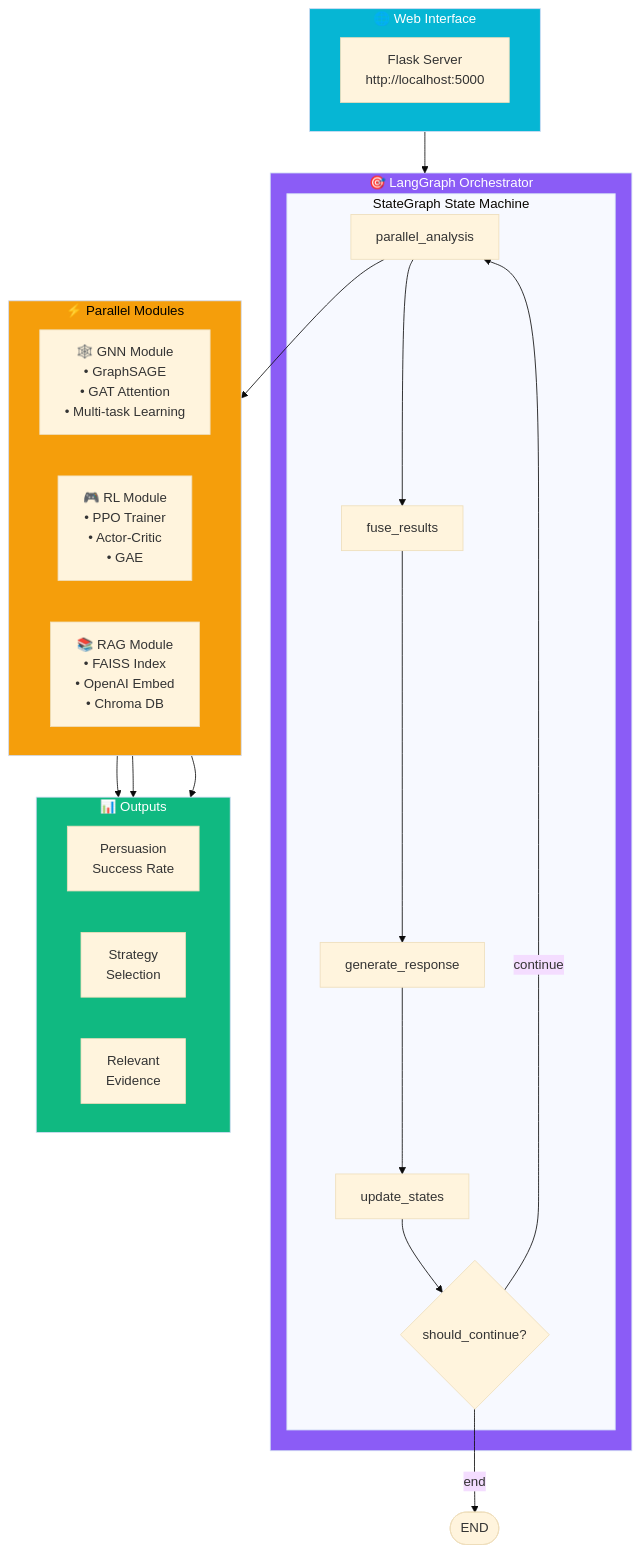
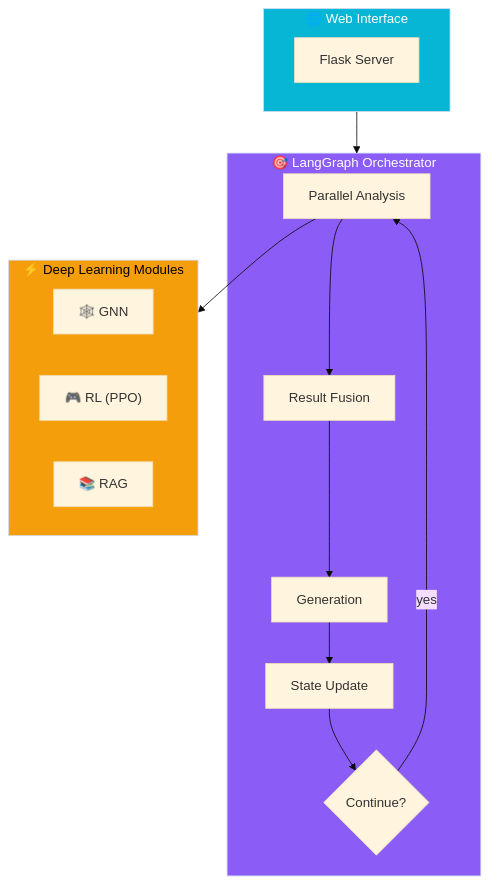
The second of 4 diagrams in docs/LEARNING_NOTE.md (AluminumShark/Social-Debate-AI), drawn with Mermaid before and after one commit. The commit also changed other lines of this file and 2 other files, not shown here.

Commit message:
docs: split learning notes into EN/ZH versions and remove mermaid from docs readme

````diff
--- a/docs/LEARNING_NOTE.md
+++ b/docs/LEARNING_NOTE.md
@@ -95,45 +87,32 @@
 ```mermaid
 %%{init: {'theme': 'base'}}%%
 flowchart TB
     subgraph Web["🌐 Web Interface"]
-        Flask["Flask Server<br/>http://localhost:5000"]
+        Flask["Flask Server"]
     end
 
     subgraph Orchestrator["🎯 LangGraph Orchestrator"]
-        subgraph StateGraph["StateGraph State Machine"]
-            PA["parallel_analysis"]
-            FR["fuse_results"]
-            GR["generate_response"]
-            US["update_states"]
-            SC{"should_continue?"}
-        end
+        PA["Parallel Analysis"]
+        FR["Result Fusion"]
+        GR["Generation"]
+        US["State Update"]
+        SC{"Continue?"}
+        
+        PA --> FR --> GR --> US --> SC
+        SC -->|"yes"| PA
     end
 
-    subgraph Modules["⚡ Parallel Modules"]
+    subgraph Modules["⚡ Deep Learning Modules"]
         direction LR
-        GNN["🕸️ GNN Module<br/>• GraphSAGE<br/>• GAT Attention<br/>• Multi-task Learning"]
-        RL["🎮 RL Module<br/>• PPO Trainer<br/>• Actor-Critic<br/>• GAE"]
-        RAGm["📚 RAG Module<br/>• FAISS Index<br/>• OpenAI Embed<br/>• Chroma DB"]
-    end
-
-    subgraph Outputs["📊 Outputs"]
-        direction LR
-        O1["Persuasion<br/>Success Rate"]
-        O2["Strategy<br/>Selection"]
-        O3["Relevant<br/>Evidence"]
+        GNN["🕸️ GNN"]
+        RL["🎮 RL (PPO)"]
+        RAGm["📚 RAG"]
     end
 
     Web --> Orchestrator
-    PA --> FR --> GR --> US --> SC
-    SC -->|"continue"| PA
-    SC -->|"end"| END([END])
     PA --> Modules
-    GNN --> O1
-    RL --> O2
-    RAGm --> O3
 
     style Web fill:#06b6d4,color:#fff
     style Orchestrator fill:#8b5cf6,color:#fff
     style Modules fill:#f59e0b,color:#000
-    style Outputs fill:#10b981,color:#fff
 ```
````
